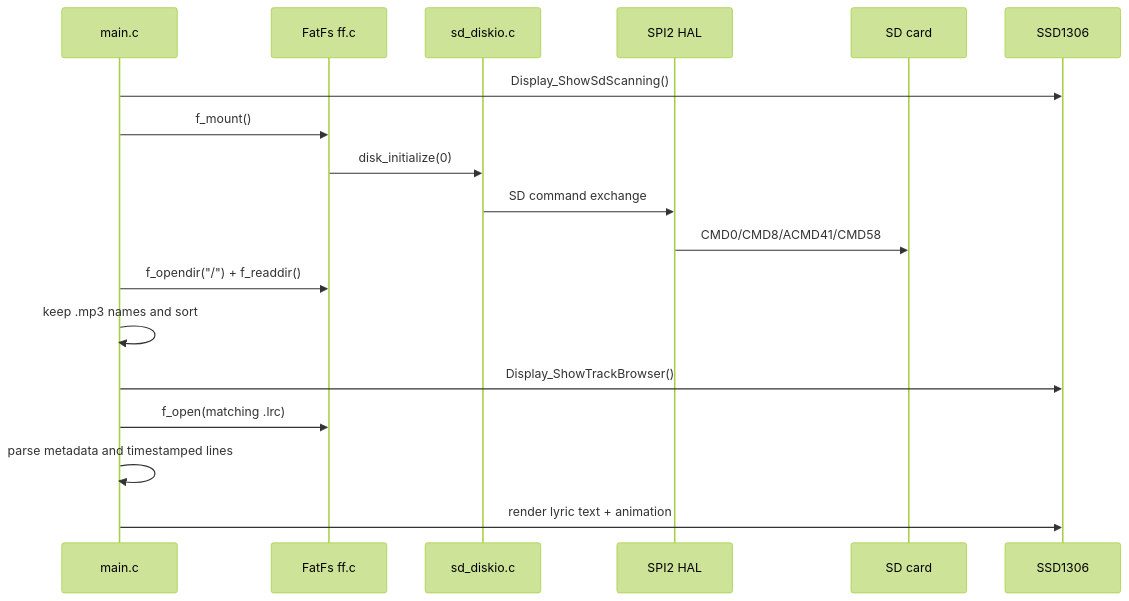
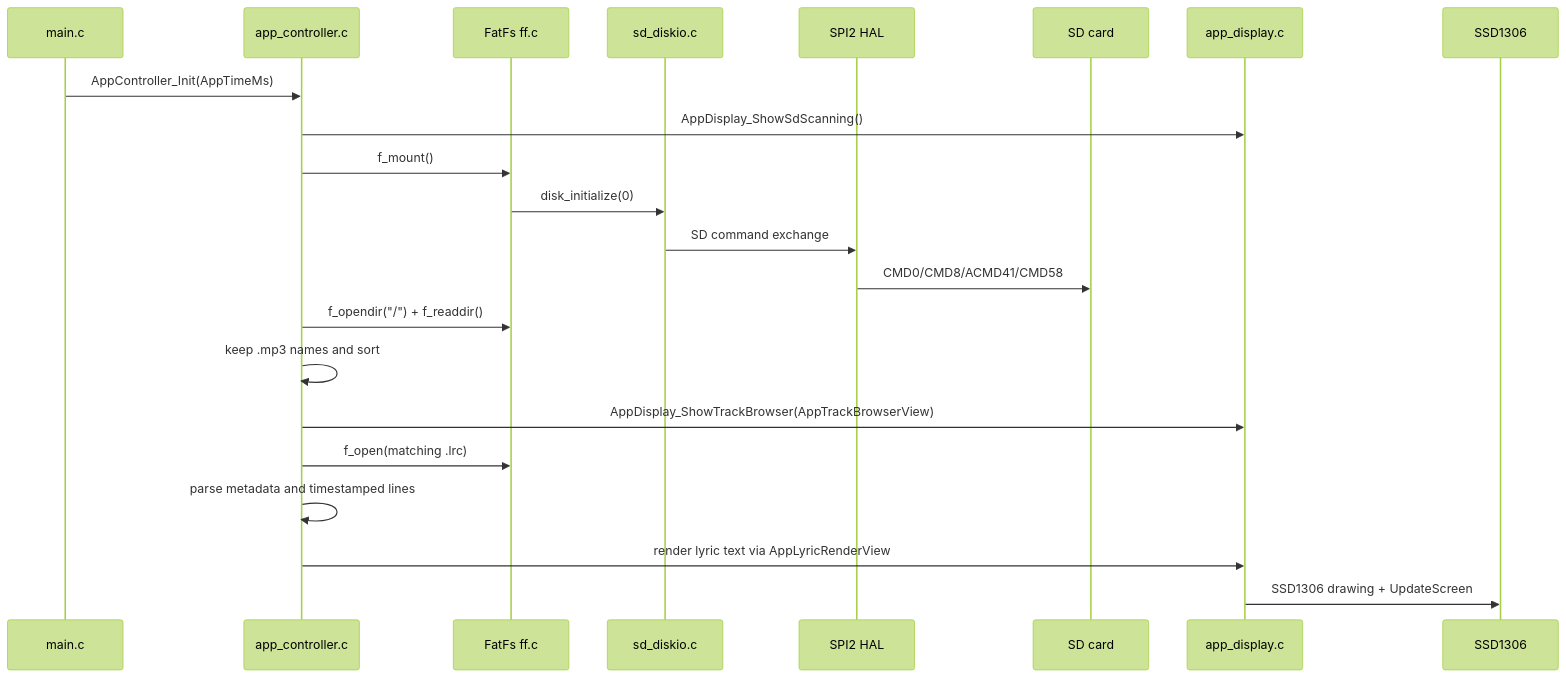
One commit to oscarsg29/lyrics_display changed the sixth of 11 diagrams in AGENTS.md. Above: the diagram before and after it, drawn with Mermaid (forest theme). The commit also changed other lines of this file and 22 other files, not shown here.

Commit message:
Isolate app architecture and harden display startup

````diff
--- a/AGENTS.md
+++ b/AGENTS.md
@@ -127,21 +154,25 @@
 ```mermaid
 sequenceDiagram
-    participant App as main.c
+    participant Main as main.c
+    participant App as app_controller.c
     participant FatFs as FatFs ff.c
     participant Disk as sd_diskio.c
     participant SPI as SPI2 HAL
     participant Card as SD card
-    participant Display as SSD1306
+    participant Display as app_display.c
+    participant OLED as SSD1306
 
-    App->>Display: Display_ShowSdScanning()
+    Main->>App: AppController_Init(AppTimeMs)
+    App->>Display: AppDisplay_ShowSdScanning()
     App->>FatFs: f_mount()
     FatFs->>Disk: disk_initialize(0)
     Disk->>SPI: SD command exchange
     SPI->>Card: CMD0/CMD8/ACMD41/CMD58
     App->>FatFs: f_opendir("/") + f_readdir()
     App->>App: keep .mp3 names and sort
-    App->>Display: Display_ShowTrackBrowser()
+    App->>Display: AppDisplay_ShowTrackBrowser(AppTrackBrowserView)
     App->>FatFs: f_open(matching .lrc)
     App->>App: parse metadata and timestamped lines
-    App->>Display: render lyric text + animation
+    App->>Display: render lyric text via AppLyricRenderView
+    Display->>OLED: SSD1306 drawing + UpdateScreen
 ```
````
